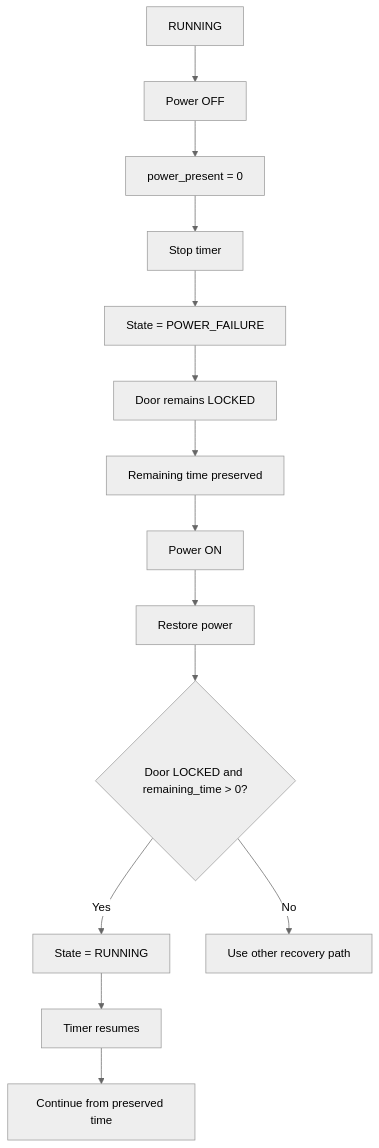
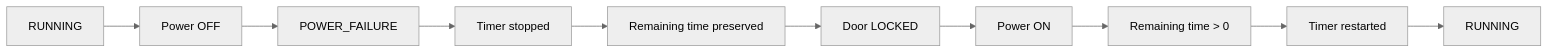
Diagram 15 of 19 in README.md (BMMADHUMITHA/weighted_rr), drawn with Mermaid (neutral theme) before and after one commit. The commit also changed other lines of this file, not shown here.

````diff
--- a/README.md
+++ b/README.md
@@ -642,16 +524,12 @@
 ```mermaid
-flowchart TD
+flowchart LR
     A[RUNNING] --> B[Power OFF]
-    B --> C[power_present = 0]
-    C --> D[Stop timer]
-    D --> E[State = POWER_FAILURE]
-    E --> F[Door remains LOCKED]
-    F --> G[Remaining time preserved]
-    G --> H[Power ON]
-    H --> I[Restore power]
-    I --> J{Door LOCKED and remaining_time > 0?}
-    J -- Yes --> K[State = RUNNING]
-    K --> L[Timer resumes]
-    L --> M[Continue from preserved time]
-    J -- No --> N[Use other recovery path]
+    B --> C[POWER_FAILURE]
+    C --> D[Timer stopped]
+    D --> E[Remaining time preserved]
+    E --> F[Door LOCKED]
+    F --> G[Power ON]
+    G --> H[Remaining time > 0]
+    H --> I[Timer restarted]
+    I --> J[RUNNING]
 ```
````
